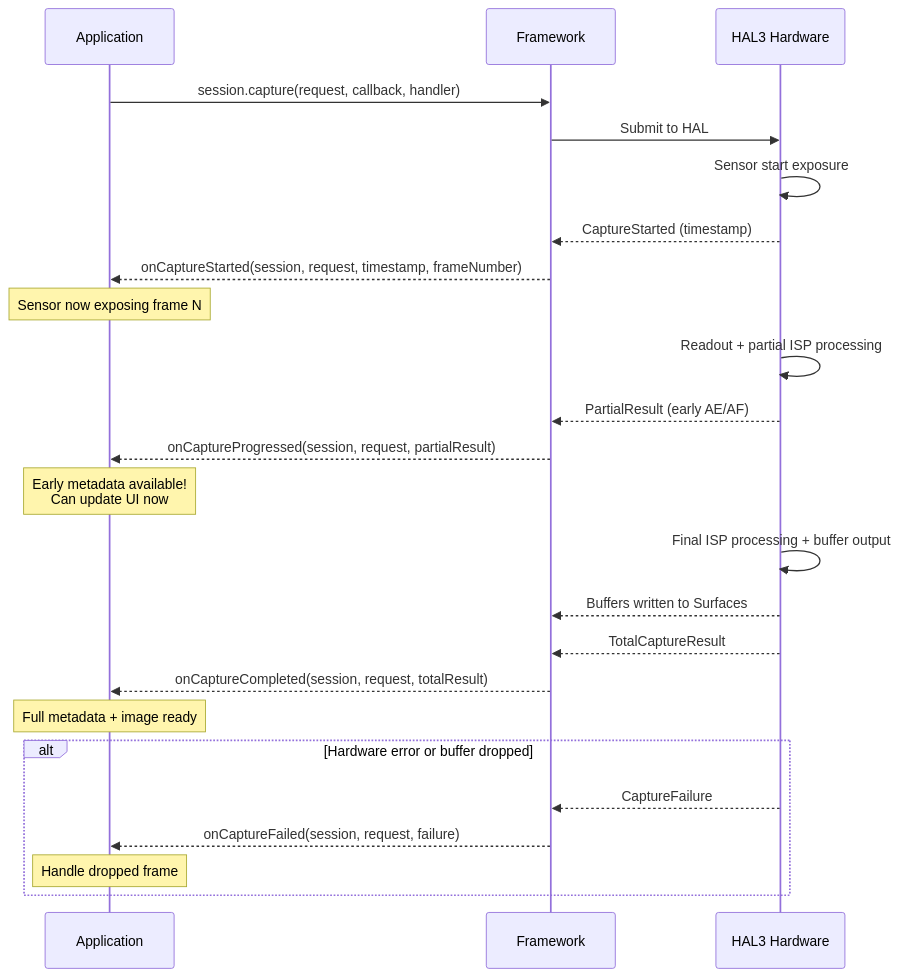
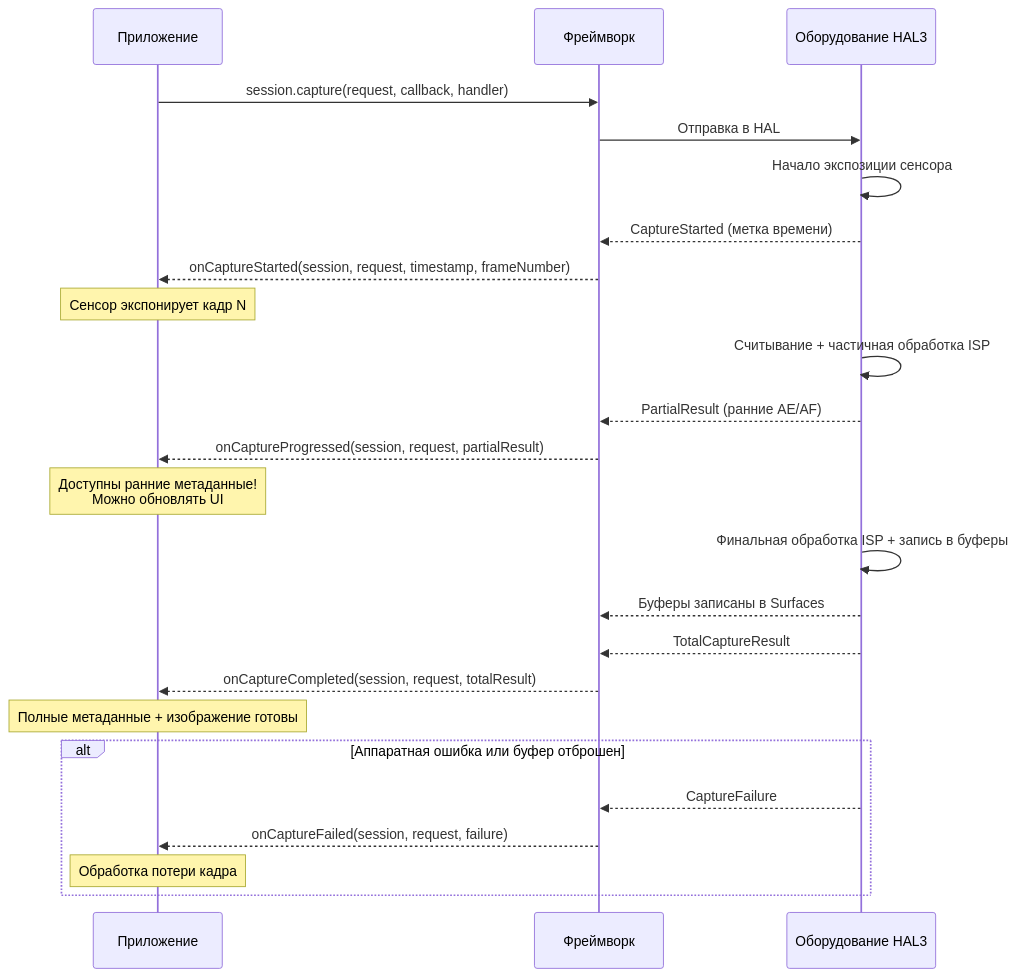
One commit to zoozooll/AndroidCameraParameters changed the second of 4 diagrams in website/i18n/ru/docusaurus-plugin-content-docs/current/camera2/the-camera2-pipeline.md. Above: the diagram before and after it, drawn with Mermaid. The commit also changed other lines of this file and 378 other files, not shown here.

````diff
--- a/website/i18n/ru/docusaurus-plugin-content-docs/current/camera2/the-camera2-pipeline.md
+++ b/website/i18n/ru/docusaurus-plugin-content-docs/current/camera2/the-camera2-pipeline.md
@@ -223,31 +223,31 @@
 ```mermaid
 sequenceDiagram
-    participant App as Application
-    participant FR as Framework
-    participant HAL as HAL3 Hardware
+    participant App as Приложение
+    participant FR as Фреймворк
+    participant HAL as Оборудование HAL3
 
     App->>FR: session.capture(request, callback, handler)
-    FR->>HAL: Submit to HAL
-    HAL->>HAL: Sensor start exposure
+    FR->>HAL: Отправка в HAL
+    HAL->>HAL: Начало экспозиции сенсора
     
-    HAL-->>FR: CaptureStarted (timestamp)
+    HAL-->>FR: CaptureStarted (метка времени)
     FR-->>App: onCaptureStarted(session, request, timestamp, frameNumber)
-    Note over App: Sensor now exposing frame N
+    Note over App: Сенсор экспонирует кадр N
 
-    HAL->>HAL: Readout + partial ISP processing
-    HAL-->>FR: PartialResult (early AE/AF)
+    HAL->>HAL: Считывание + частичная обработка ISP
+    HAL-->>FR: PartialResult (ранние AE/AF)
     FR-->>App: onCaptureProgressed(session, request, partialResult)
-    Note over App: Early metadata available!<br/>Can update UI now
+    Note over App: Доступны ранние метаданные!<br/>Можно обновлять UI
 
-    HAL->>HAL: Final ISP processing + buffer output
-    HAL-->>FR: Buffers written to Surfaces
+    HAL->>HAL: Финальная обработка ISP + запись в буферы
+    HAL-->>FR: Буферы записаны в Surfaces
     HAL-->>FR: TotalCaptureResult
     FR-->>App: onCaptureCompleted(session, request, totalResult)
-    Note over App: Full metadata + image ready
+    Note over App: Полные метаданные + изображение готовы
 
-    alt Hardware error or buffer dropped
+    alt Аппаратная ошибка или буфер отброшен
         HAL-->>FR: CaptureFailure
         FR-->>App: onCaptureFailed(session, request, failure)
-        Note over App: Handle dropped frame
+        Note over App: Обработка потери кадра
     end
 ```
````
